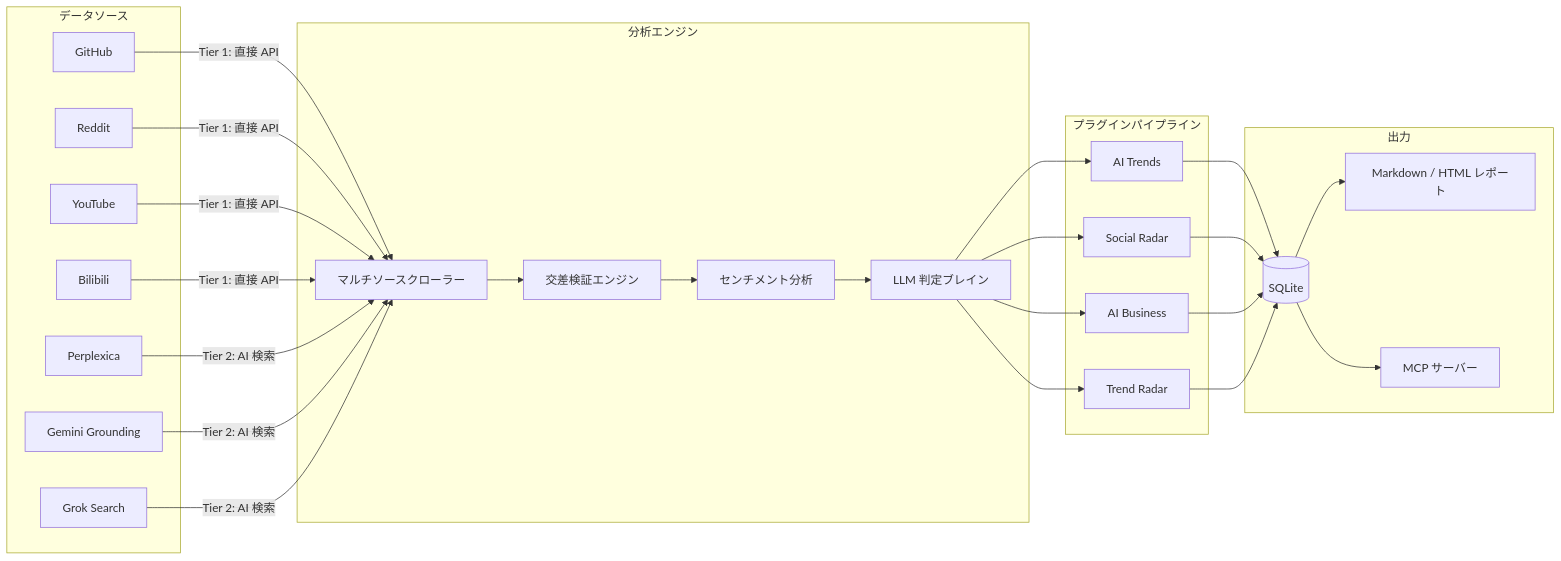
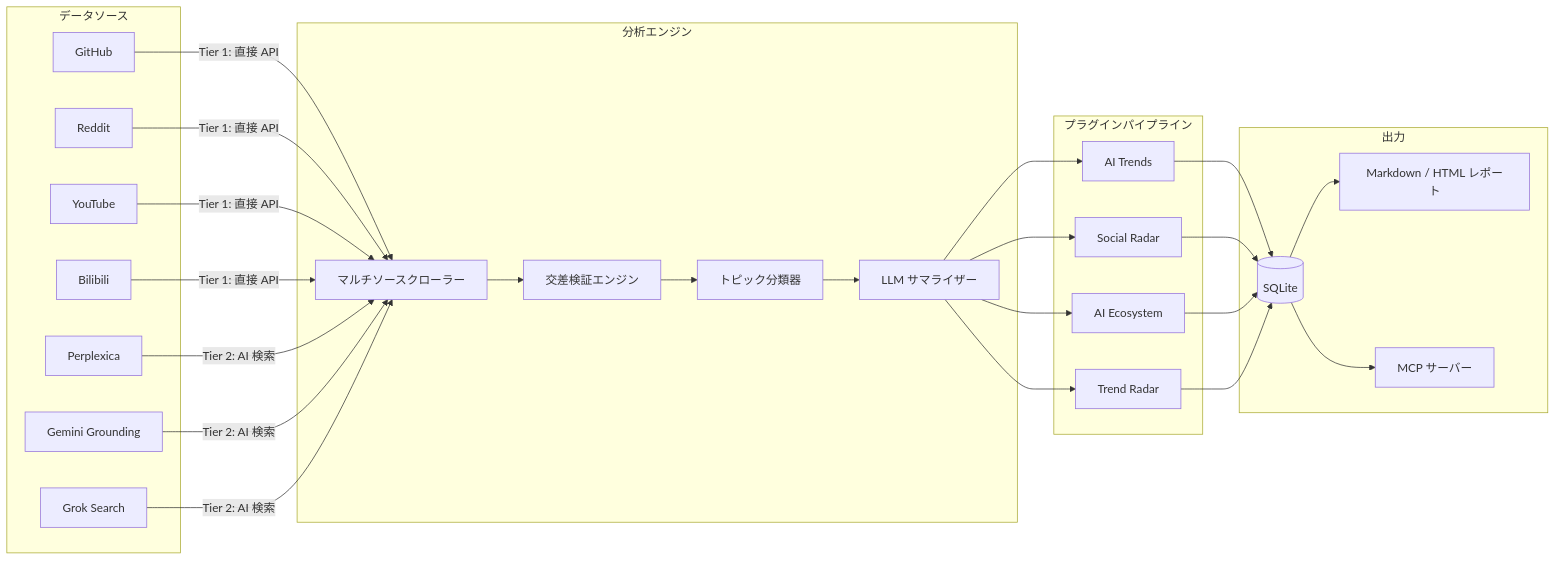
The diagram in docs/README.ja.md (AtsushiHarimoto/hermit-purple), drawn with Mermaid before and after one commit. The commit also changed other lines of this file and 2 other files, not shown here.

````diff
--- a/docs/README.ja.md
+++ b/docs/README.ja.md
@@ -19,42 +19,42 @@
 ```mermaid
 graph LR
     subgraph Sources ["データソース"]
         GH[GitHub]
         RD[Reddit]
         YT[YouTube]
         BL[Bilibili]
         PX[Perplexica]
         GM[Gemini Grounding]
         GK[Grok Search]
     end
 
     subgraph Engine ["分析エンジン"]
         CR[マルチソースクローラー]
         CV[交差検証エンジン]
-        SA[センチメント分析]
-        LLM[LLM 判定ブレイン]
+        SA[トピック分類器]
+        LLM[LLM サマライザー]
     end
 
     subgraph Pipeline ["プラグインパイプライン"]
         AT[AI Trends]
         SR[Social Radar]
-        AB[AI Business]
+        AB[AI Ecosystem]
         TR[Trend Radar]
     end
 
     subgraph Output ["出力"]
         DB[(SQLite)]
         RPT[Markdown / HTML レポート]
         MCP[MCP サーバー]
     end
 
     GH & RD & YT & BL -->|Tier 1: 直接 API| CR
     PX & GM & GK -->|Tier 2: AI 検索| CR
     CR --> CV
     CV --> SA
     SA --> LLM
     LLM --> AT & SR & AB & TR
     AT & SR & AB & TR --> DB
     DB --> RPT
     DB --> MCP
 ```
````
